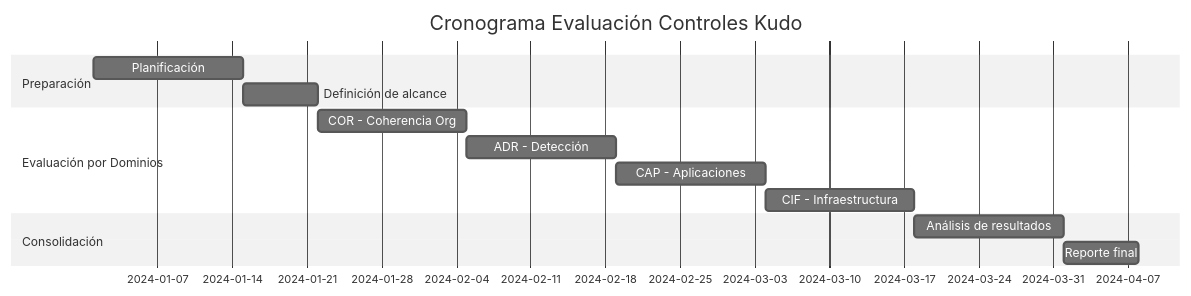
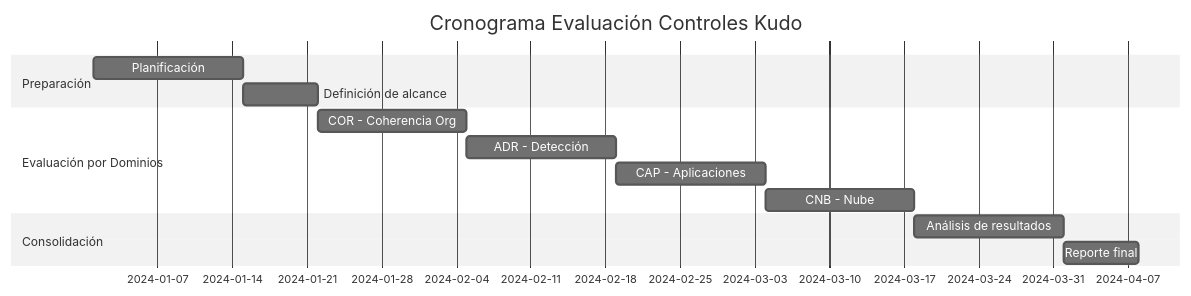
Before and after one commit to PetterVargas/divisioncero-docs: the diagram in content/docs/kudo/OSCAL/ap-assessment-plan.mdx, drawn with Mermaid (neutral theme). The commit also changed other lines of this file and 20 other files, not shown here.

````diff
--- a/content/docs/kudo/OSCAL/ap-assessment-plan.mdx
+++ b/content/docs/kudo/OSCAL/ap-assessment-plan.mdx
@@ -46,16 +46,16 @@
 ```mermaid
 gantt
     title Cronograma Evaluación Controles Kudo
     dateFormat  YYYY-MM-DD
     section Preparación
     Planificación           :prep1, 2024-01-01, 2w
     Definición de alcance   :prep2, after prep1, 1w
     section Evaluación por Dominios
     COR - Coherencia Org    :cor, after prep2, 2w
     ADR - Detección        :adr, after cor, 2w
     CAP - Aplicaciones     :cap, after adr, 2w
-    CIF - Infraestructura  :cif, after cap, 2w
+    CNB - Nube  :cnb, after cap, 2w
     section Consolidación
-    Análisis de resultados  :analisis, after cif, 2w
+    Análisis de resultados  :analisis, after cnb, 2w
     Reporte final          :reporte, after analisis, 1w
 ```
````
